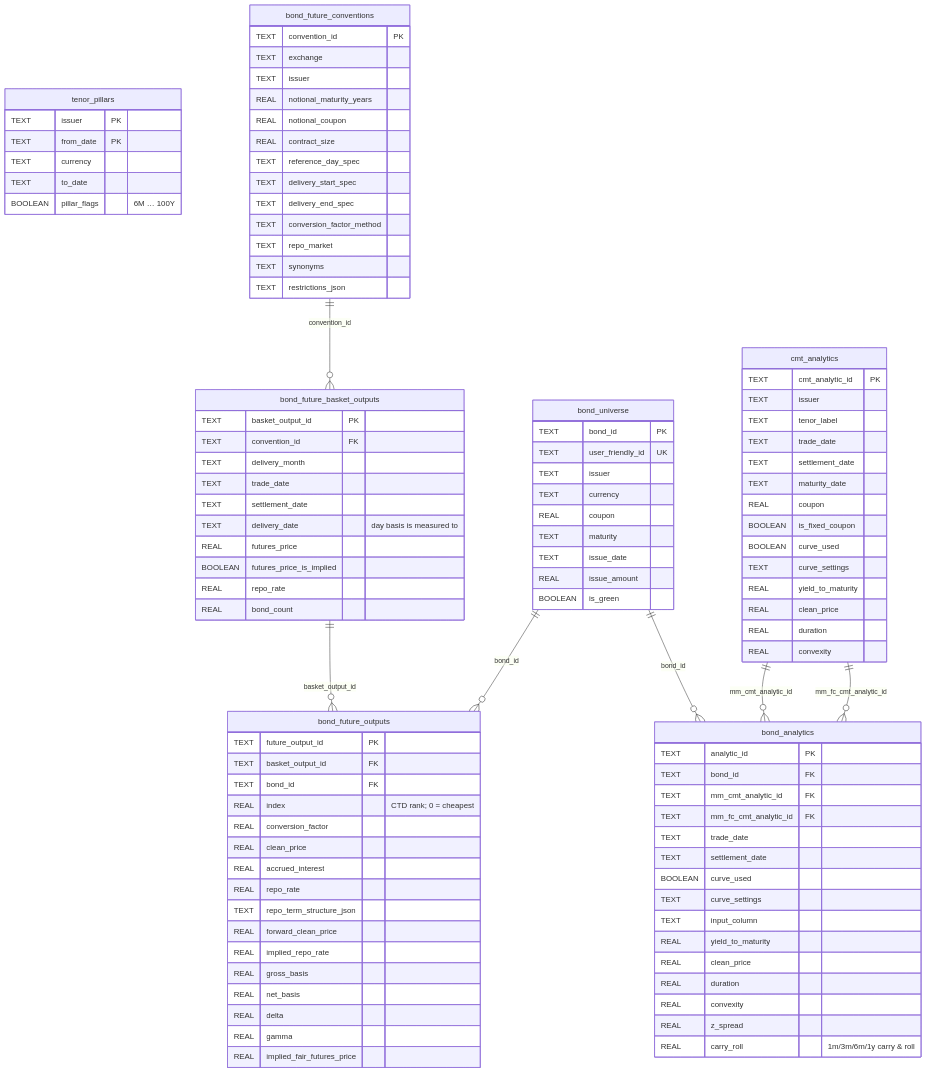
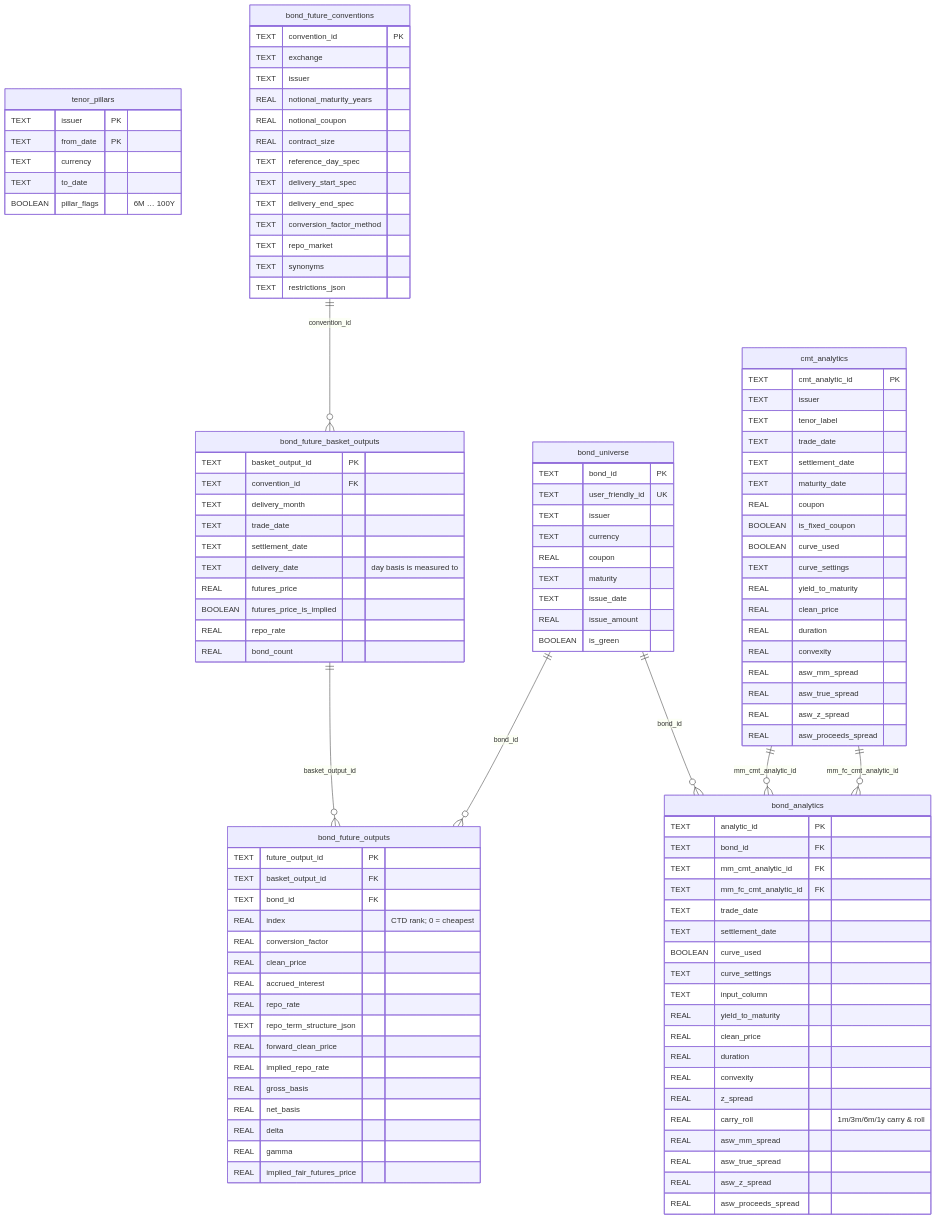
One commit to FulgentMcGuffin/cqfi changed the first of 2 diagrams in README.md. Above: the diagram before and after it, drawn with Mermaid.

Commit message:
feat: add additional bond analytics metrics to README.md
- Introduced new metrics for bond analytics including `asw_mm_spread`, `asw_true_spread`, `asw_z_spread`, and `asw_proceeds_spread` in the documentation.
- Updated relevant sections in `README.md` to reflect these new analytics metrics for improved clarity and completeness.

```diff
--- a/README.md
+++ b/README.md
@@ -914,6 +914,10 @@
         REAL clean_price
         REAL duration
         REAL convexity
+        REAL asw_mm_spread
+        REAL asw_true_spread
+        REAL asw_z_spread
+        REAL asw_proceeds_spread
     }
 
     bond_analytics {
@@ -932,6 +936,10 @@
         REAL convexity
         REAL z_spread
         REAL carry_roll "1m/3m/6m/1y carry & roll"
+        REAL asw_mm_spread
+        REAL asw_true_spread
+        REAL asw_z_spread
+        REAL asw_proceeds_spread
     }
 
     bond_future_conventions {
```
